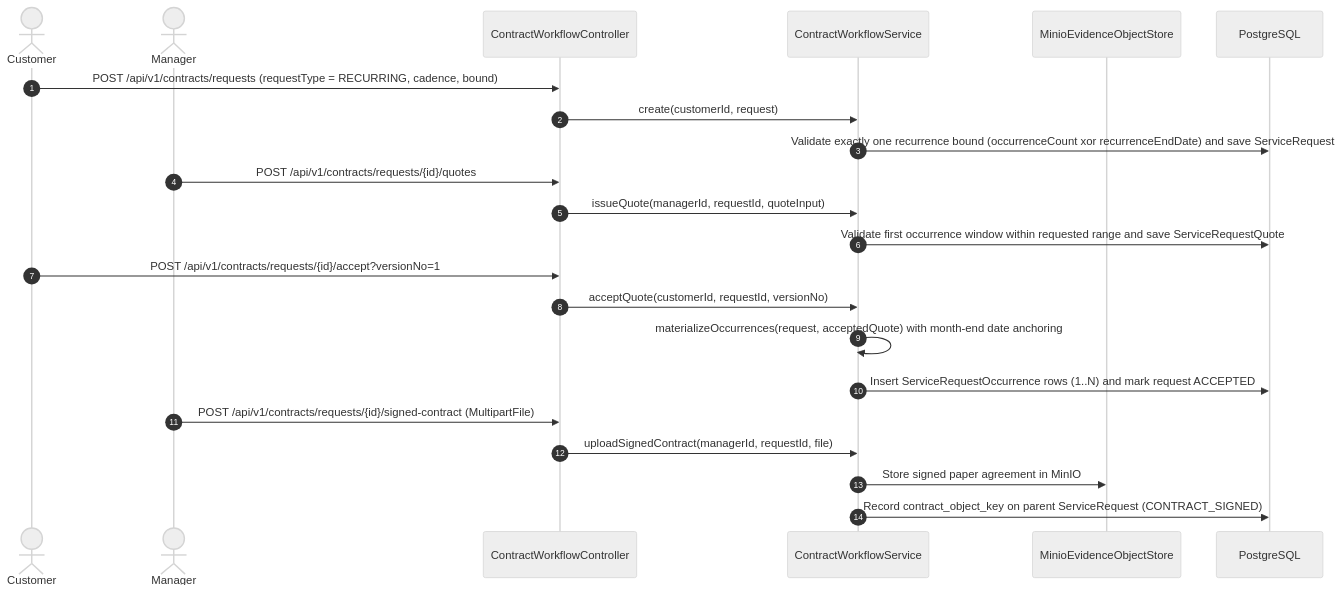
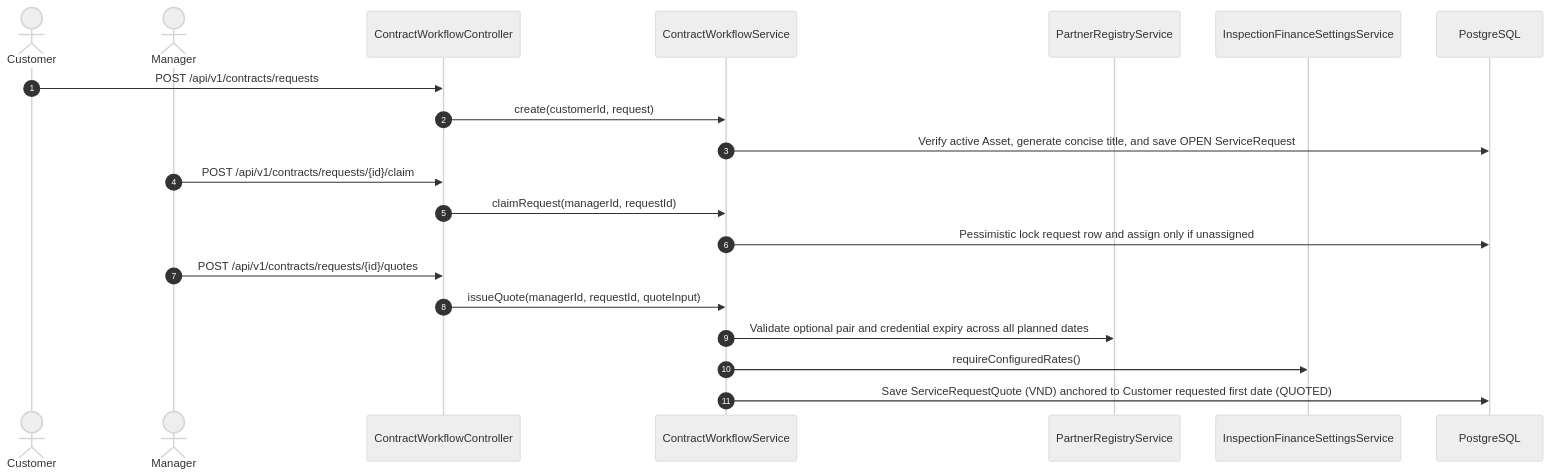
Before and after one commit to tungbach12/SmartDroneInspection-Docs: the eighth of 22 diagrams in reports/report-4-software-design-document/03-detailed-design.md, drawn with Mermaid (neutral theme). The commit also changed other lines of this file and 139 other files, not shown here.

Commit message:
docs(reports,diagrams): split 24-feature reports and reorganize type-specific draw.io diagrams

````diff
--- a/reports/report-4-software-design-document/03-detailed-design.md
+++ b/reports/report-4-software-design-document/03-detailed-design.md
@@ -457,29 +438,26 @@
 ```mermaid
-%% title: FE-03 Recurring Service Request Occurrence Materialization Sequence Diagram
+%% title: FE-08 Service Request, Claim Ownership and VND Quotation Sequence Diagram
 sequenceDiagram
   autonumber
   actor Cust as Customer
   actor Mgr as Manager
   participant Ctrl as ContractWorkflowController
   participant Svc as ContractWorkflowService
-  participant Store as MinioEvidenceObjectStore
+  participant Partner as PartnerRegistryService
+  participant FinSvc as InspectionFinanceSettingsService
   participant DB as PostgreSQL
 
-  Cust->>Ctrl: POST /api/v1/contracts/requests (requestType = RECURRING, cadence, bound)
+  Cust->>Ctrl: POST /api/v1/contracts/requests
   Ctrl->>Svc: create(customerId, request)
-  Svc->>DB: Validate exactly one recurrence bound (occurrenceCount xor recurrenceEndDate) and save ServiceRequest
+  Svc->>DB: Verify active Asset, generate concise title, and save OPEN ServiceRequest
+
+  Mgr->>Ctrl: POST /api/v1/contracts/requests/{id}/claim
+  Ctrl->>Svc: claimRequest(managerId, requestId)
+  Svc->>DB: Pessimistic lock request row and assign only if unassigned
 
   Mgr->>Ctrl: POST /api/v1/contracts/requests/{id}/quotes
   Ctrl->>Svc: issueQuote(managerId, requestId, quoteInput)
-  Svc->>DB: Validate first occurrence window within requested range and save ServiceRequestQuote
-
-  Cust->>Ctrl: POST /api/v1/contracts/requests/{id}/accept?versionNo=1
-  Ctrl->>Svc: acceptQuote(customerId, requestId, versionNo)
-  Svc->>Svc: materializeOccurrences(request, acceptedQuote) with month-end date anchoring
-  Svc->>DB: Insert ServiceRequestOccurrence rows (1..N) and mark request ACCEPTED
-
-  Mgr->>Ctrl: POST /api/v1/contracts/requests/{id}/signed-contract (MultipartFile)
-  Ctrl->>Svc: uploadSignedContract(managerId, requestId, file)
-  Svc->>Store: Store signed paper agreement in MinIO
-  Svc->>DB: Record contract_object_key on parent ServiceRequest (CONTRACT_SIGNED)
+  Svc->>Partner: Validate optional pair and credential expiry across all planned dates
+  Svc->>FinSvc: requireConfiguredRates()
+  Svc->>DB: Save ServiceRequestQuote (VND) anchored to Customer requested first date (QUOTED)
 ```
````
